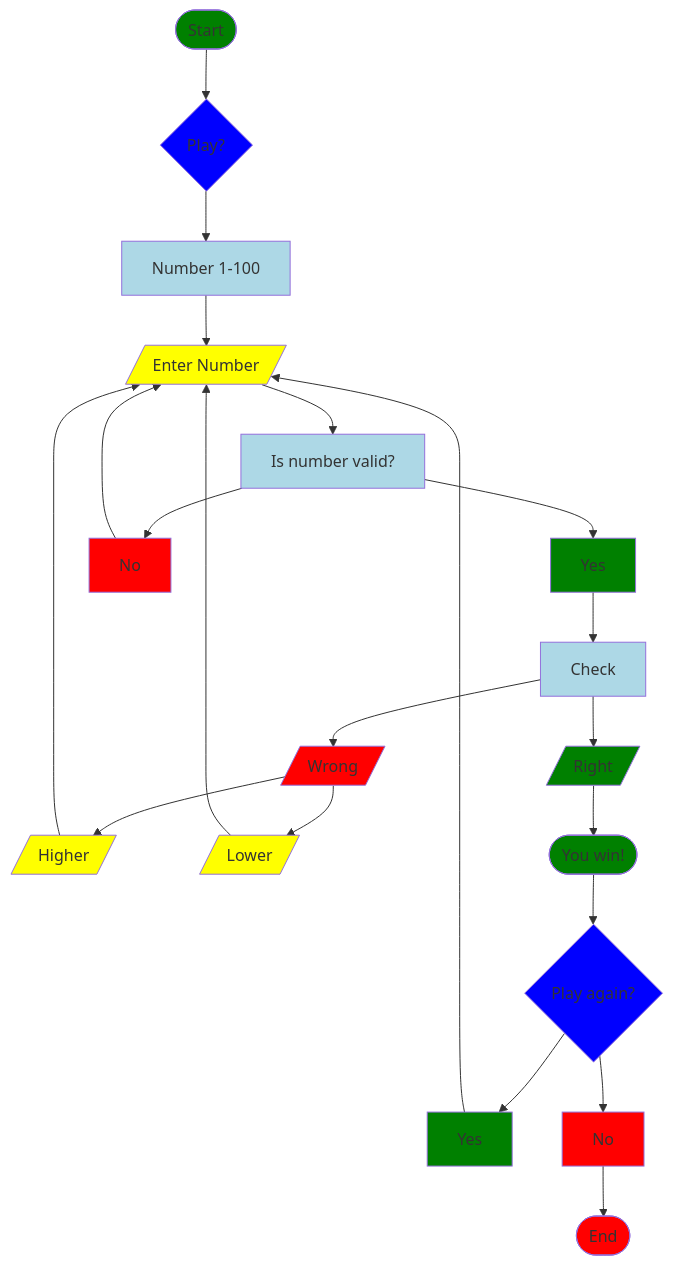
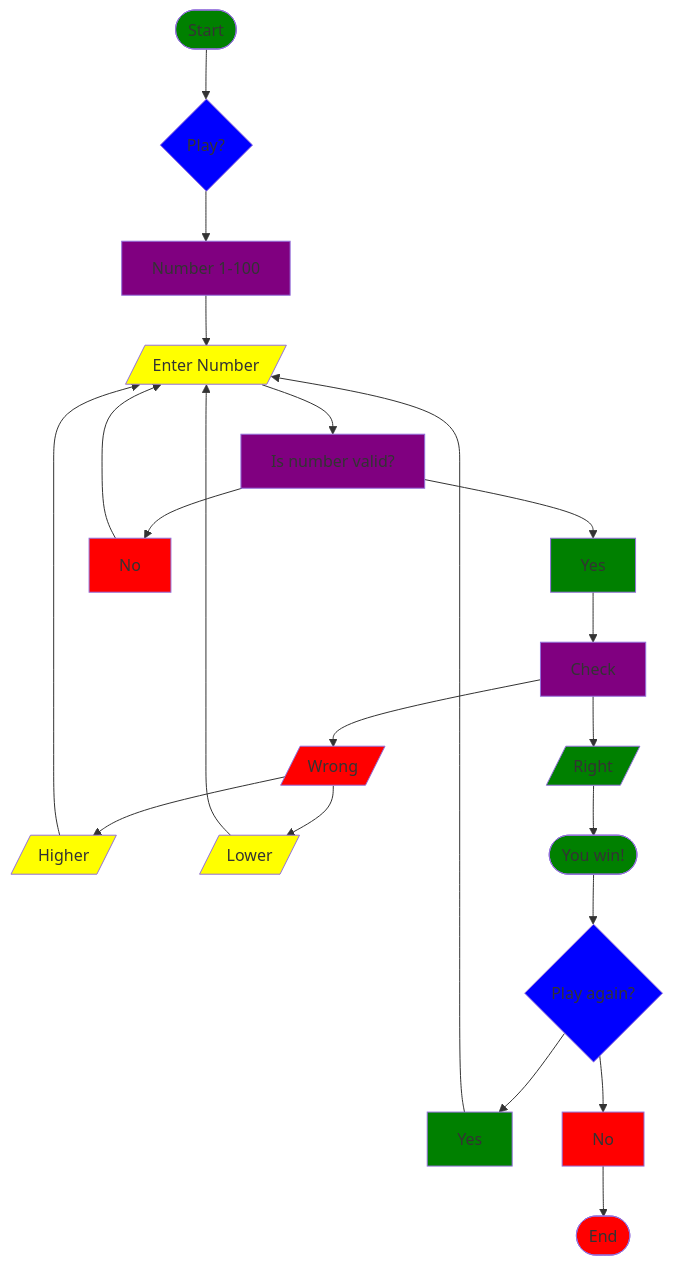
Before and after one commit to KPRMODI/KPRMODI.github.io: the diagram in Guessing.md, drawn with Mermaid.

Commit message:
Added new colors and styles

````diff
--- a/Guessing.md
+++ b/Guessing.md
@@ -1,32 +1,32 @@
 ```mermaid
 flowchart TD
 Start([Start]) --> play{Play?} --> generate[Number 1-100]--> enter[/Enter Number/]
 enter --> check[Is number valid?] --> Yes --> compute[Check]
 check --> No --> enter
 compute --> right[/Right/]
 compute --> wrong[/Wrong/]
 wrong --> high[/Higher/] --> enter
 wrong --> low[/Lower/] --> enter
 right --> win([You win!])
 win -->playagain{Play again?} --> yes[Yes] --> enter
 playagain -->no[No] --> End([End])
 
 %% Styles
 style Start fill:green
 style Yes fill:green
 style right fill:green
 style yes fill:green
 style win fill:green
 style wrong fill:red
 style No fill:red
 style no fill:red
 style End fill:red
 style play fill:blue
 style playagain fill:blue
 style enter fill: yellow
 style high fill: yellow
 style low fill:yellow
-style check fill: lightblue
-style compute fill: lightblue
-style generate fill: lightblue
+style check fill: purple
+style compute fill: purple
+style generate fill: purple
 ```
````
